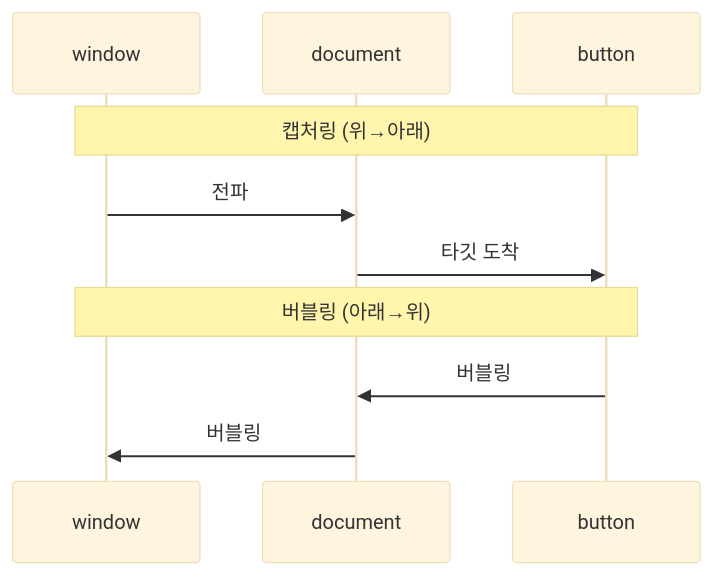
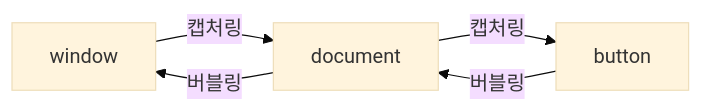
Before and after one commit to yjkim2015/yjkim2015.github.io: the eighth of 8 diagrams in _posts/frontend/2026-05-01-browser-rendering.md, drawn with Mermaid (base theme). The commit also changed other lines of this file and 84 other files, not shown here.

First line of the commit message:
85개 포스트 Mermaid 다이어그램 규칙 일괄 수정

````diff
--- a/_posts/frontend/2026-05-01-browser-rendering.md
+++ b/_posts/frontend/2026-05-01-browser-rendering.md
@@ -405,12 +405,7 @@
 ```mermaid
-sequenceDiagram
-    participant WIN as window
-    participant DOC as document
-    participant BTN as button
-    Note over WIN,BTN: 캡처링 (위→아래)
-    WIN->>DOC: 전파
-    DOC->>BTN: 타깃 도착
-    Note over WIN,BTN: 버블링 (아래→위)
-    BTN->>DOC: 버블링
-    DOC->>WIN: 버블링
+graph LR
+    WIN["window"] -->|"캡처링"| DOC["document"]
+    DOC -->|"캡처링"| BTN["button"]
+    BTN -->|"버블링"| DOC
+    DOC -->|"버블링"| WIN
 ```
````
